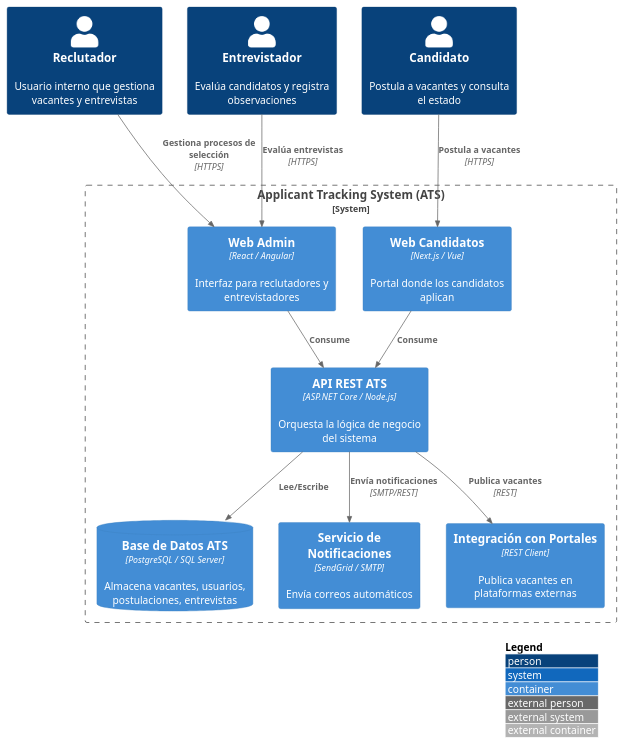
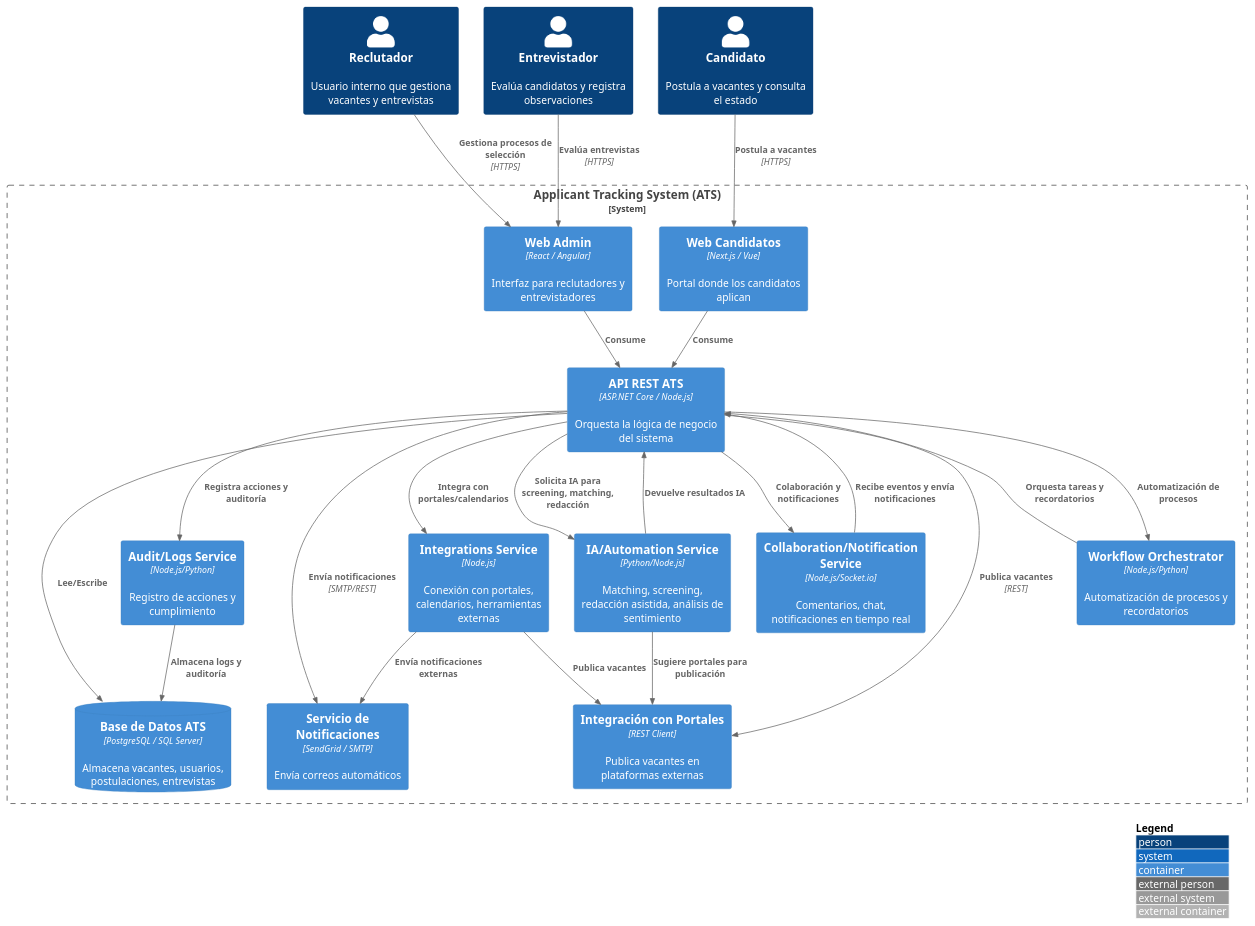
One commit to LIDR-academy/AI4Devs-design-1-RO-1 changed the seventh of 9 diagrams in LTI-JFG.md. Above: the diagram before and after it, drawn with PlantUML. The commit also changed other lines of this file, not shown here.

```diff
--- a/LTI-JFG.md
+++ b/LTI-JFG.md
@@ -353,32 +458,49 @@
-@startuml "ATS_Contenedores"
+@startuml "ATS_Contenedores_Actualizado"
 !include https://raw.githubusercontent.com/plantuml-stdlib/C4-PlantUML/master/C4_Container.puml
 
 LAYOUT_TOP_DOWN()
 LAYOUT_WITH_LEGEND()
 
 Person(recruiter, "Reclutador", "Usuario interno que gestiona vacantes y entrevistas")
 Person(interviewer, "Entrevistador", "Evalúa candidatos y registra observaciones")
 Person(candidate, "Candidato", "Postula a vacantes y consulta el estado")
 
-System_Boundary(c1, "Applicant Tracking System (ATS)") {
-    
+System_Boundary(ats, "Applicant Tracking System (ATS)") {
     Container(web_admin, "Web Admin", "React / Angular", "Interfaz para reclutadores y entrevistadores")
     Container(web_candidate, "Web Candidatos", "Next.js / Vue", "Portal donde los candidatos aplican")
     Container(api_rest, "API REST ATS", "ASP.NET Core / Node.js", "Orquesta la lógica de negocio del sistema")
     ContainerDb(db, "Base de Datos ATS", "PostgreSQL / SQL Server", "Almacena vacantes, usuarios, postulaciones, entrevistas")
     Container(mail_service, "Servicio de Notificaciones", "SendGrid / SMTP", "Envía correos automáticos")
     Container(job_integration, "Integración con Portales", "REST Client", "Publica vacantes en plataformas externas")
+    Container(ia_service, "IA/Automation Service", "Python/Node.js", "Matching, screening, redacción asistida, análisis de sentimiento")
+    Container(collab_service, "Collaboration/Notification Service", "Node.js/Socket.io", "Comentarios, chat, notificaciones en tiempo real")
+    Container(workflow_service, "Workflow Orchestrator", "Node.js/Python", "Automatización de procesos y recordatorios")
+    Container(integration_service, "Integrations Service", "Node.js", "Conexión con portales, calendarios, herramientas externas")
+    Container(audit_service, "Audit/Logs Service", "Node.js/Python", "Registro de acciones y cumplimiento")
 }
 
 Rel(recruiter, web_admin, "Gestiona procesos de selección", "HTTPS")
 Rel(interviewer, web_admin, "Evalúa entrevistas", "HTTPS")
 Rel(candidate, web_candidate, "Postula a vacantes", "HTTPS")
 
 Rel(web_admin, api_rest, "Consume")
 Rel(web_candidate, api_rest, "Consume")
 
 Rel(api_rest, db, "Lee/Escribe")
 Rel(api_rest, mail_service, "Envía notificaciones", "SMTP/REST")
 Rel(api_rest, job_integration, "Publica vacantes", "REST")
+Rel(api_rest, ia_service, "Solicita IA para screening, matching, redacción")
+Rel(api_rest, collab_service, "Colaboración y notificaciones")
+Rel(api_rest, workflow_service, "Automatización de procesos")
+Rel(api_rest, integration_service, "Integra con portales/calendarios")
+Rel(api_rest, audit_service, "Registra acciones y auditoría")
+
+Rel(ia_service, job_integration, "Sugiere portales para publicación")
+Rel(ia_service, api_rest, "Devuelve resultados IA")
+Rel(collab_service, api_rest, "Recibe eventos y envía notificaciones")
+Rel(workflow_service, api_rest, "Orquesta tareas y recordatorios")
+Rel(integration_service, job_integration, "Publica vacantes")
+Rel(integration_service, mail_service, "Envía notificaciones externas")
+Rel(audit_service, db, "Almacena logs y auditoría")
 
 @enduml
```
